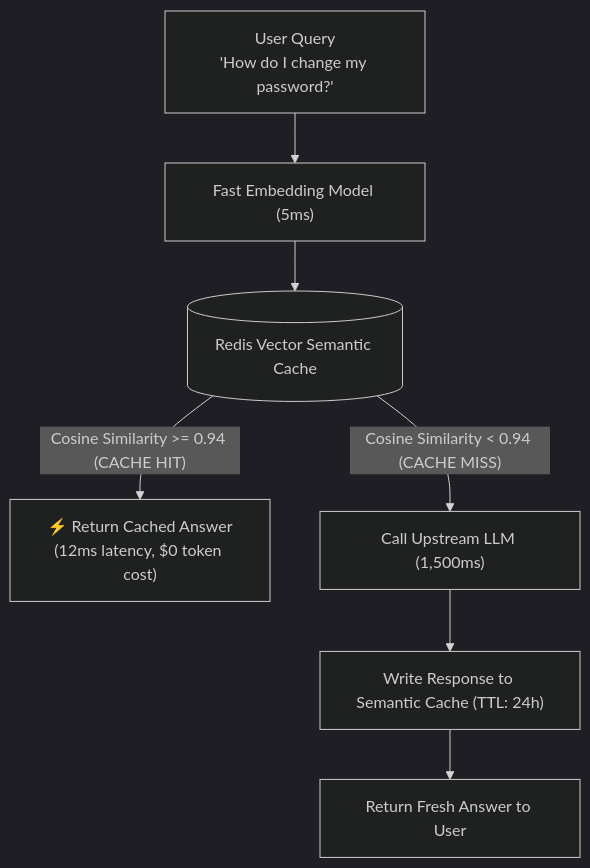
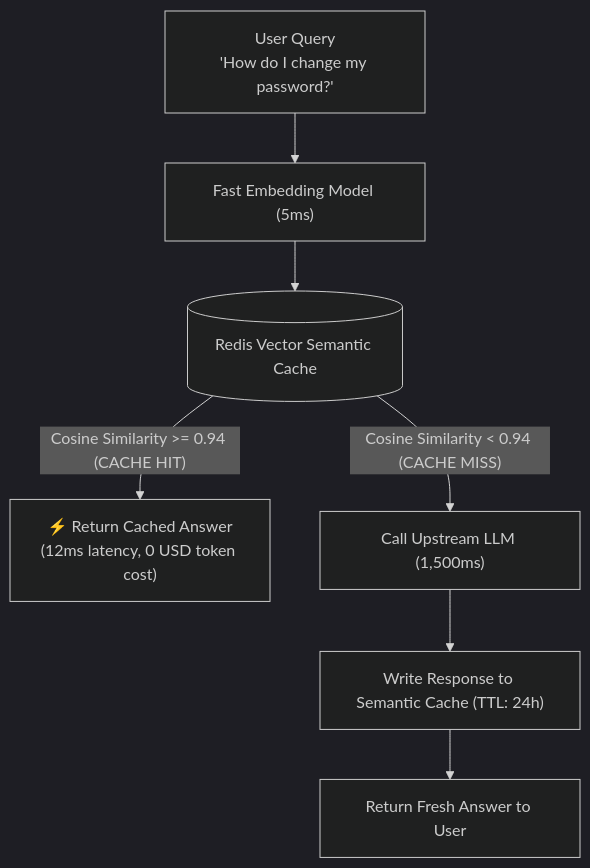
One commit to dip4k/senior-engineer-to-ai-engineer-roadmap changed the tenth of 15 diagrams in resources/beginner-mistakes-cheatsheet.md. Above: the diagram before and after it, drawn with Mermaid (dark theme). The commit also changed other lines of this file and 19 other files, not shown here.

````diff
--- a/resources/beginner-mistakes-cheatsheet.md
+++ b/resources/beginner-mistakes-cheatsheet.md
@@ -834,9 +834,9 @@
 ```mermaid
 flowchart TD
     UserQuery["User Query\n'How do I change my password?'"] --> Embed["Fast Embedding Model (5ms)"]
     Embed --> VectorCache[("Redis Vector Semantic Cache")]
-    VectorCache -- "Cosine Similarity >= 0.94 (CACHE HIT)" --> ReturnCached["⚡ Return Cached Answer\n(12ms latency, $0 token cost)"]
+    VectorCache -- "Cosine Similarity >= 0.94 (CACHE HIT)" --> ReturnCached["⚡ Return Cached Answer\n(12ms latency, 0 USD token cost)"]
     VectorCache -- "Cosine Similarity < 0.94 (CACHE MISS)" --> CallLLM["Call Upstream LLM (1,500ms)"]
     CallLLM --> SaveCache["Write Response to Semantic Cache (TTL: 24h)"]
     SaveCache --> ReturnFresh["Return Fresh Answer to User"]
 ```
````
